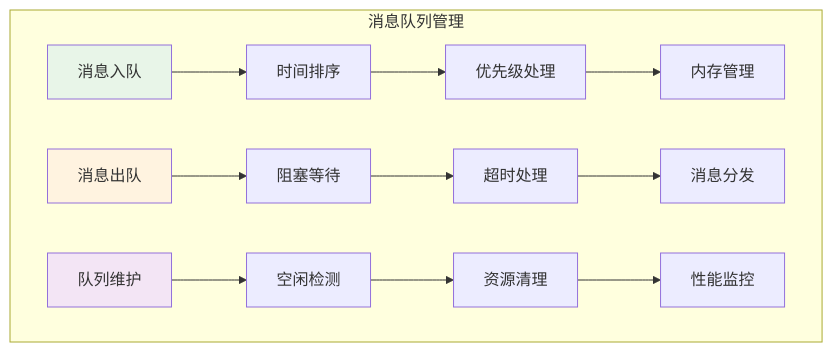
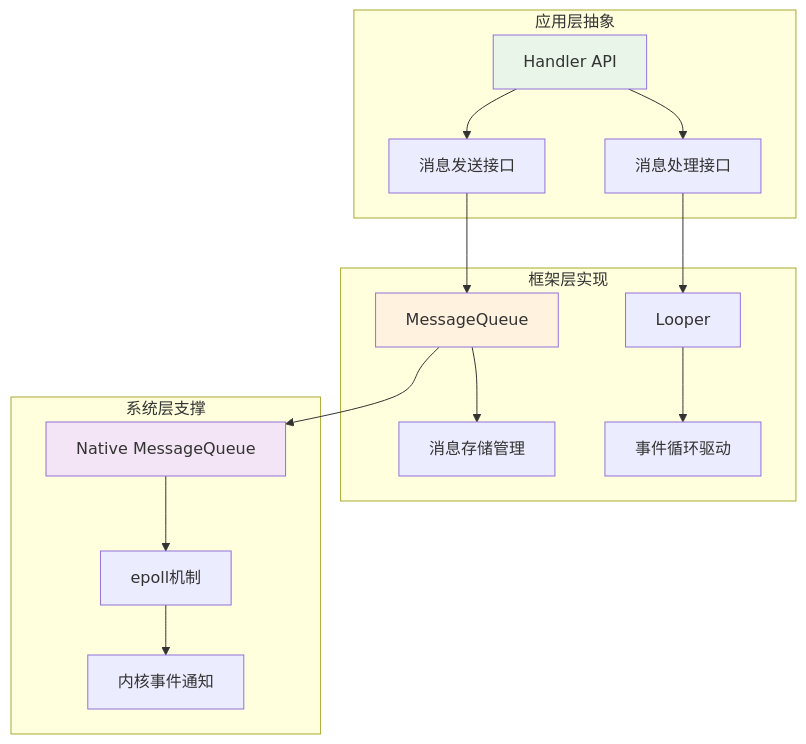
Before and after one commit to chongyang211/YCBookBlog: the second of 9 diagrams in 00.通用技术的提升/README.md, drawn with Mermaid. The commit also changed other lines of this file and 1 other file, not shown here.

````diff
--- a/00.通用技术的提升/README.md
+++ b/00.通用技术的提升/README.md
@@ -245,20 +50,25 @@
 ```mermaid
 graph TB
-    subgraph "消息队列管理"
-        A[消息入队] --> B[时间排序]
-        B --> C[优先级处理]
-        C --> D[内存管理]
-        
-        E[消息出队] --> F[阻塞等待]
-        F --> G[超时处理]
-        G --> H[消息分发]
-        
-        I[队列维护] --> J[空闲检测]
-        J --> K[资源清理]
-        K --> L[性能监控]
+    subgraph "应用层抽象"
+        A[Handler API] --> B[消息发送接口]
+        A --> C[消息处理接口]
     end
     
+    subgraph "框架层实现"
+        D[MessageQueue] --> E[消息存储管理]
+        F[Looper] --> G[事件循环驱动]
+    end
+    
+    subgraph "系统层支撑"
+        H[Native MessageQueue] --> I[epoll机制]
+        I --> J[内核事件通知]
+    end
+    
+    B --> D
+    C --> F
+    D --> H
+    
     style A fill:#e8f5e8
-    style E fill:#fff3e0
-    style I fill:#f3e5f5
+    style D fill:#fff3e0
+    style H fill:#f3e5f5
 ```
````
